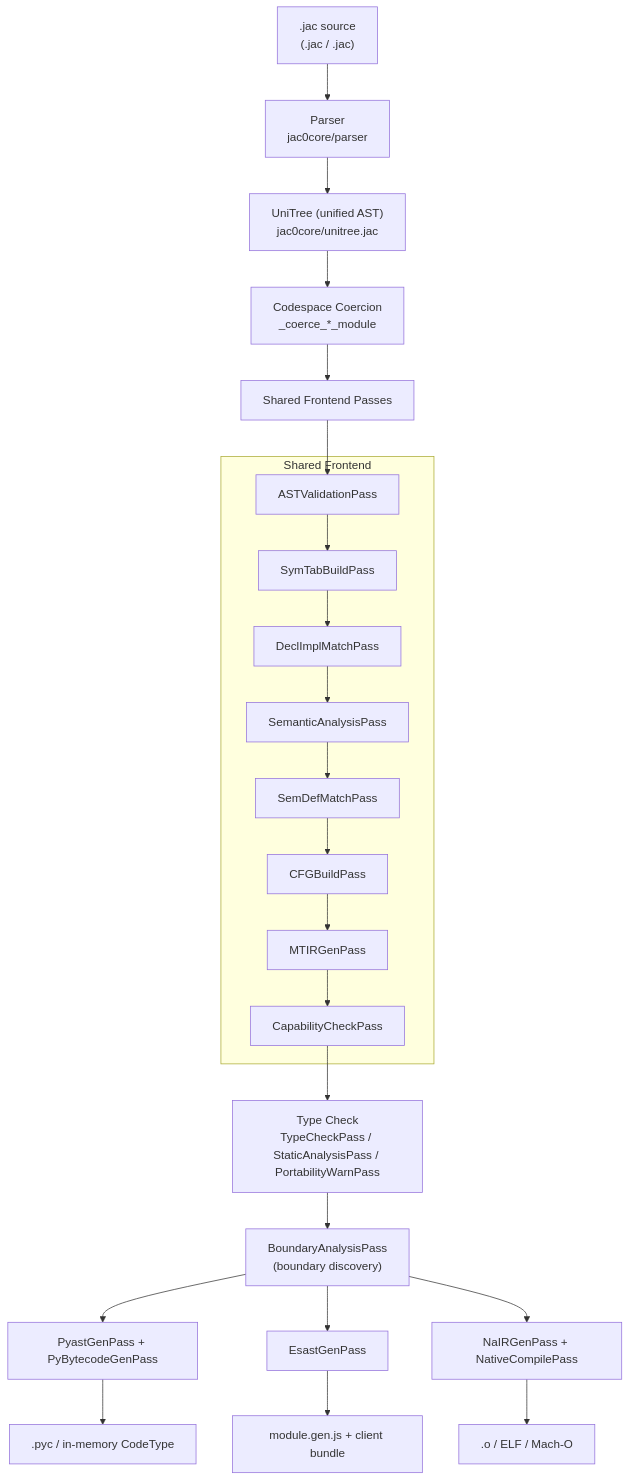
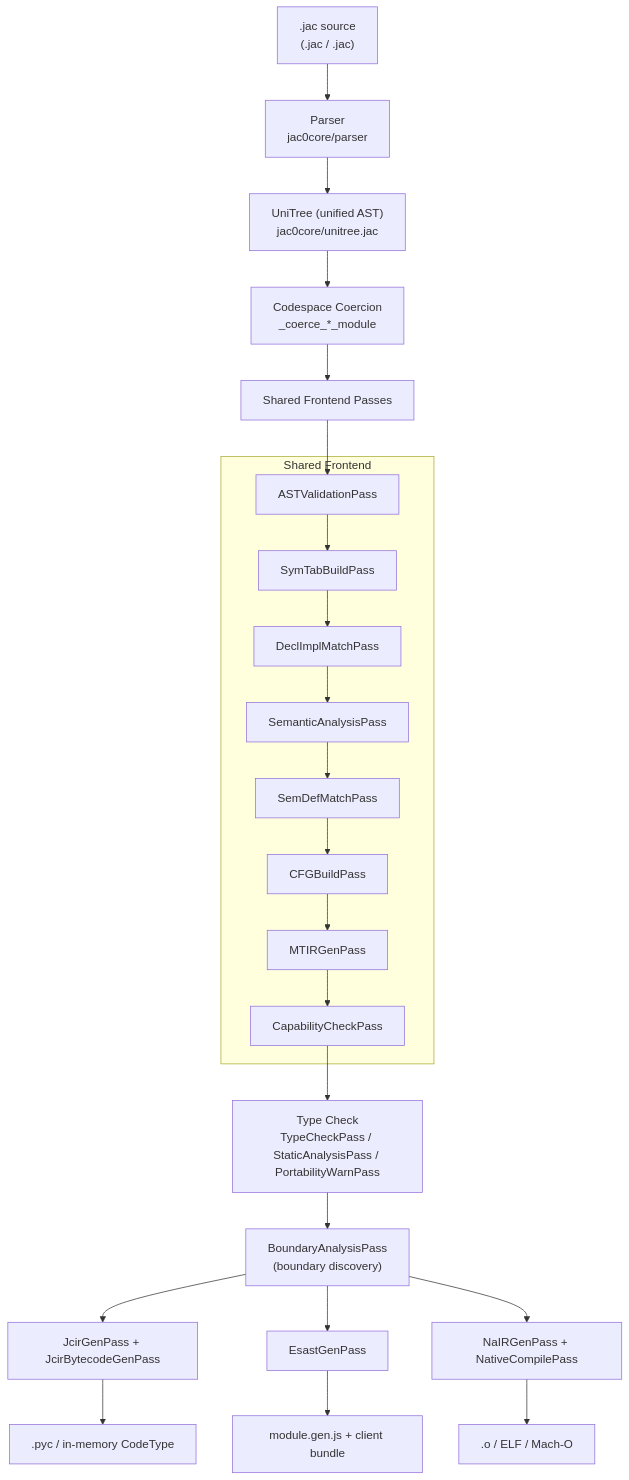
The second of 3 diagrams in jac/jaclang/cli/docs/internals/compiler_architecture.md (jaseci-labs/jaseci), drawn with Mermaid before and after one commit. The commit also changed other lines of this file and 55 other files, not shown here.

````diff
--- a/jac/jaclang/cli/docs/internals/compiler_architecture.md
+++ b/jac/jaclang/cli/docs/internals/compiler_architecture.md
@@ -98,29 +98,29 @@
 ```mermaid
 graph TD
     SRC[".jac source<br/>(.jac / .jac)"] --> PARSE[Parser<br/>jac0core/parser]
     PARSE --> UNI["UniTree (unified AST)<br/>jac0core/unitree.jac"]
     UNI --> COERCE["Codespace Coercion<br/>_coerce_*_module"]
     COERCE --> FRONTEND[Shared Frontend Passes]
 
     subgraph FRONTEND_PASSES["Shared Frontend"]
         FE1[ASTValidationPass]
         FE2[SymTabBuildPass]
         FE3[DeclImplMatchPass]
         FE4[SemanticAnalysisPass]
         FE5[SemDefMatchPass]
         FE6[CFGBuildPass]
         FE7[MTIRGenPass]
         FE8[CapabilityCheckPass]
     end
 
     FRONTEND --> FE1 --> FE2 --> FE3 --> FE4 --> FE5 --> FE6 --> FE7 --> FE8
     FE8 --> TYPECK["Type Check<br/>TypeCheckPass / StaticAnalysisPass / PortabilityWarnPass"]
     TYPECK --> INTEROP["BoundaryAnalysisPass<br/>(boundary discovery)"]
-    INTEROP --> SV[PyastGenPass + PyBytecodeGenPass]
+    INTEROP --> SV[JcirGenPass + JcirBytecodeGenPass]
     INTEROP --> CL[EsastGenPass]
     INTEROP --> NA[NaIRGenPass + NativeCompilePass]
 
     SV --> SVOUT[".pyc / in-memory CodeType"]
     CL --> CLOUT["module.gen.js + client bundle"]
     NA --> NAOUT[".o / ELF / Mach-O"]
 ```
````
